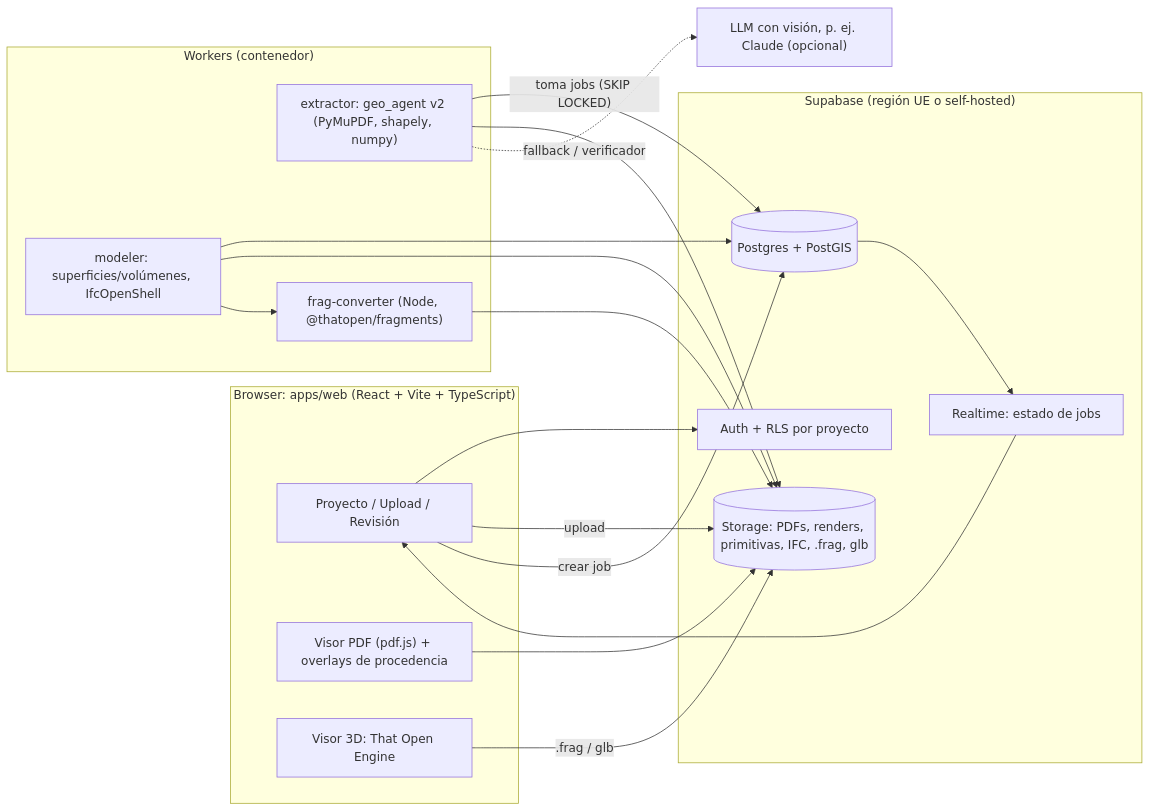
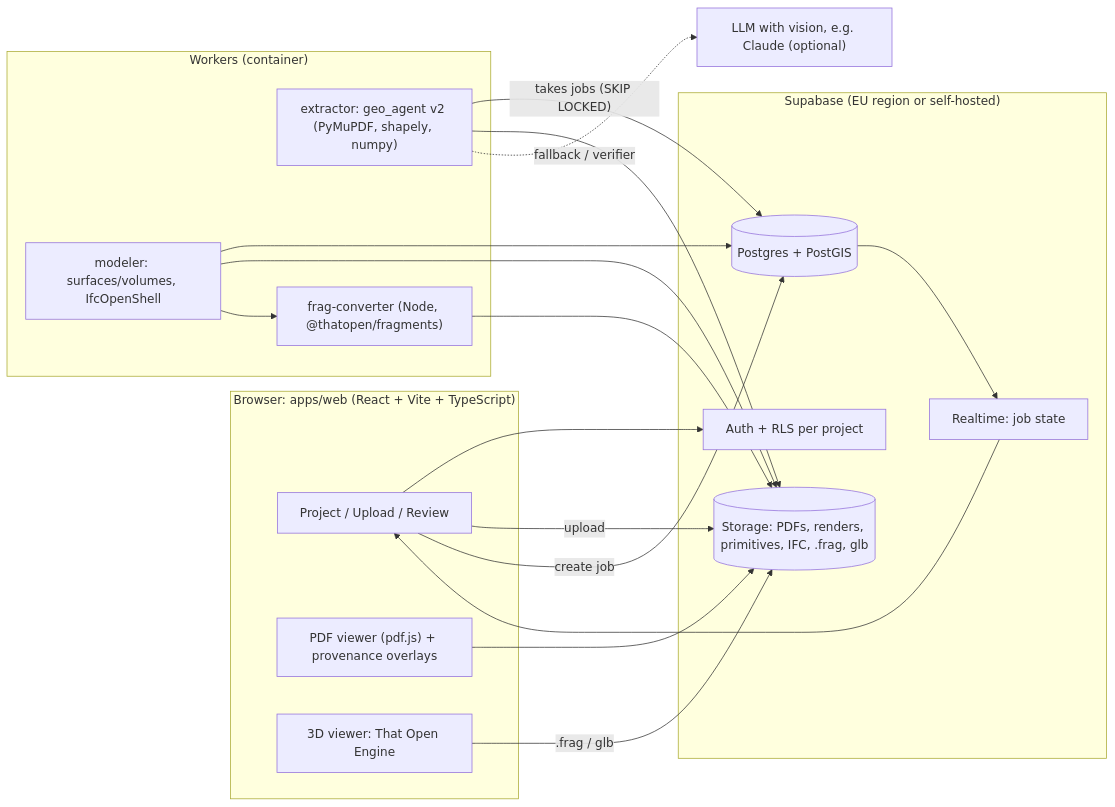
One commit to martinpazmino/CAD_Extract changed the first of 2 diagrams in docs/ARCHITECTURE_BAUGRUNDMODELL.md. Above: the diagram before and after it, drawn with Mermaid. The commit also changed other lines of this file and 44 other files, not shown here.

````diff
--- a/docs/ARCHITECTURE_BAUGRUNDMODELL.md
+++ b/docs/ARCHITECTURE_BAUGRUNDMODELL.md
@@ -181,34 +182,34 @@
 ```mermaid
 flowchart LR
   subgraph Client["Browser: apps/web (React + Vite + TypeScript)"]
-    UI["Proyecto / Upload / Revisión"]
-    PDFV["Visor PDF (pdf.js) + overlays de procedencia"]
-    V3D["Visor 3D: That Open Engine"]
+    UI["Project / Upload / Review"]
+    PDFV["PDF viewer (pdf.js) + provenance overlays"]
+    V3D["3D viewer: That Open Engine"]
   end
-  subgraph SB["Supabase (región UE o self-hosted)"]
-    AUTH["Auth + RLS por proyecto"]
+  subgraph SB["Supabase (EU region or self-hosted)"]
+    AUTH["Auth + RLS per project"]
     PG[("Postgres + PostGIS")]
-    ST[("Storage: PDFs, renders, primitivas, IFC, .frag, glb")]
-    RT["Realtime: estado de jobs"]
+    ST[("Storage: PDFs, renders, primitives, IFC, .frag, glb")]
+    RT["Realtime: job state"]
   end
-  subgraph W["Workers (contenedor)"]
+  subgraph W["Workers (container)"]
     EX["extractor: geo_agent v2 (PyMuPDF, shapely, numpy)"]
-    MO["modeler: superficies/volúmenes, IfcOpenShell"]
+    MO["modeler: surfaces/volumes, IfcOpenShell"]
     FR["frag-converter (Node, @thatopen/fragments)"]
   end
-  LLM["LLM con visión, p. ej. Claude (opcional)"]
+  LLM["LLM with vision, e.g. Claude (optional)"]
   UI --> AUTH
   UI -- "upload" --> ST
-  UI -- "crear job" --> PG
-  EX -- "toma jobs (SKIP LOCKED)" --> PG
+  UI -- "create job" --> PG
+  EX -- "takes jobs (SKIP LOCKED)" --> PG
   EX --> ST
-  EX -. "fallback / verificador" .-> LLM
+  EX -. "fallback / verifier" .-> LLM
   MO --> PG
   MO --> ST
   MO --> FR
   FR --> ST
   PG --> RT
   RT --> UI
   V3D -- ".frag / glb" --> ST
   PDFV --> ST
 ```
````
